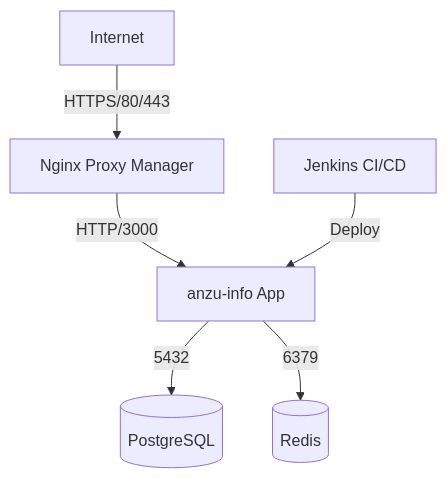
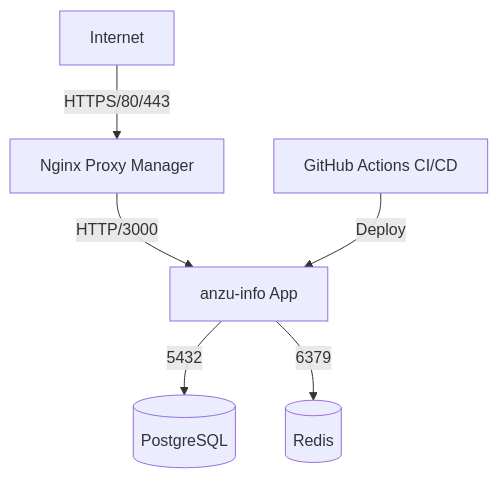
One commit to juneh2633/anzuinfo-porable-be changed the diagram in README.md. Above: the diagram before and after it, drawn with Mermaid. The commit also changed other lines of this file and 4 other files, not shown here.

Commit message:
Replace Jenkins deployment with GitHub Actions

````diff
--- a/README.md
+++ b/README.md
@@ -230,8 +262,8 @@
 ```mermaid
 graph TD;
     Internet-->|HTTPS/80/443|NPM[Nginx Proxy Manager]
     NPM-->|HTTP/3000|App[anzu-info App]
     App-->|5432|DB[(PostgreSQL)]
     App-->|6379|Cache[(Redis)]
-    Jenkins[Jenkins CI/CD]-->|Deploy|App
+    Actions[GitHub Actions CI/CD]-->|Deploy|App
 ```
````
